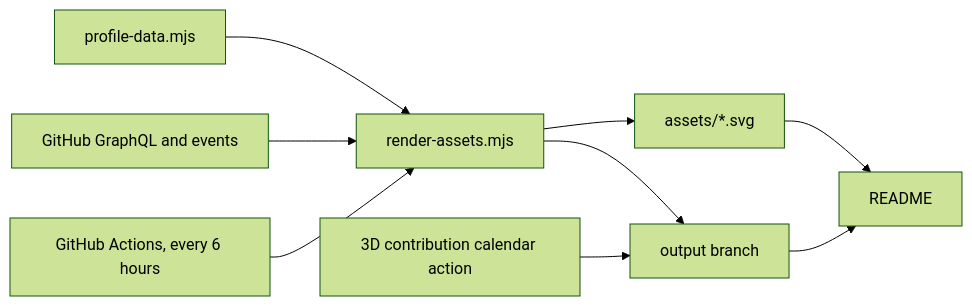
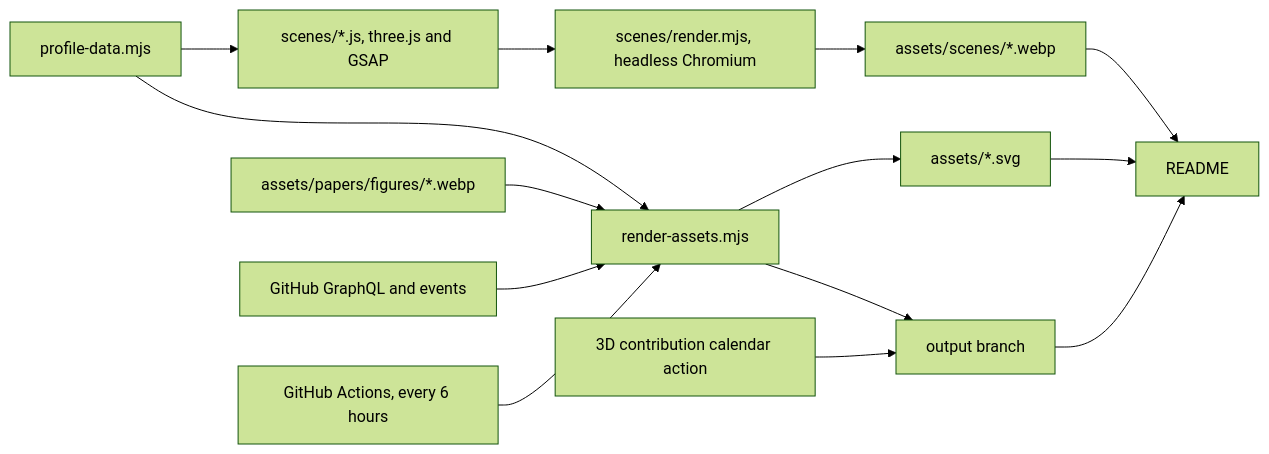
Before and after one commit to Edward-H26/Edward-H26: the diagram in README.md, drawn with Mermaid (forest theme). The commit also changed other lines of this file and 65 other files, not shown here.

First line of the commit message:
Implement three.js scenes rendered as WebP loops

````diff
--- a/README.md
+++ b/README.md
@@ -283,11 +308,16 @@
 ```mermaid
 flowchart LR
   data["profile-data.mjs"] --> render["render-assets.mjs"]
+  data --> scenes["scenes/*.js, three.js and GSAP"]
+  scenes --> capture["scenes/render.mjs, headless Chromium"]
+  capture --> loops["assets/scenes/*.webp"]
+  loops --> readme
+  figures["assets/papers/figures/*.webp"] --> render
   render --> assets["assets/*.svg"]
   api["GitHub GraphQL and events"] --> render
   render --> output["output branch"]
   calendar["3D contribution calendar action"] --> output
   assets --> readme["README"]
   output --> readme
   schedule["GitHub Actions, every 6 hours"] --> render
 ```
````
